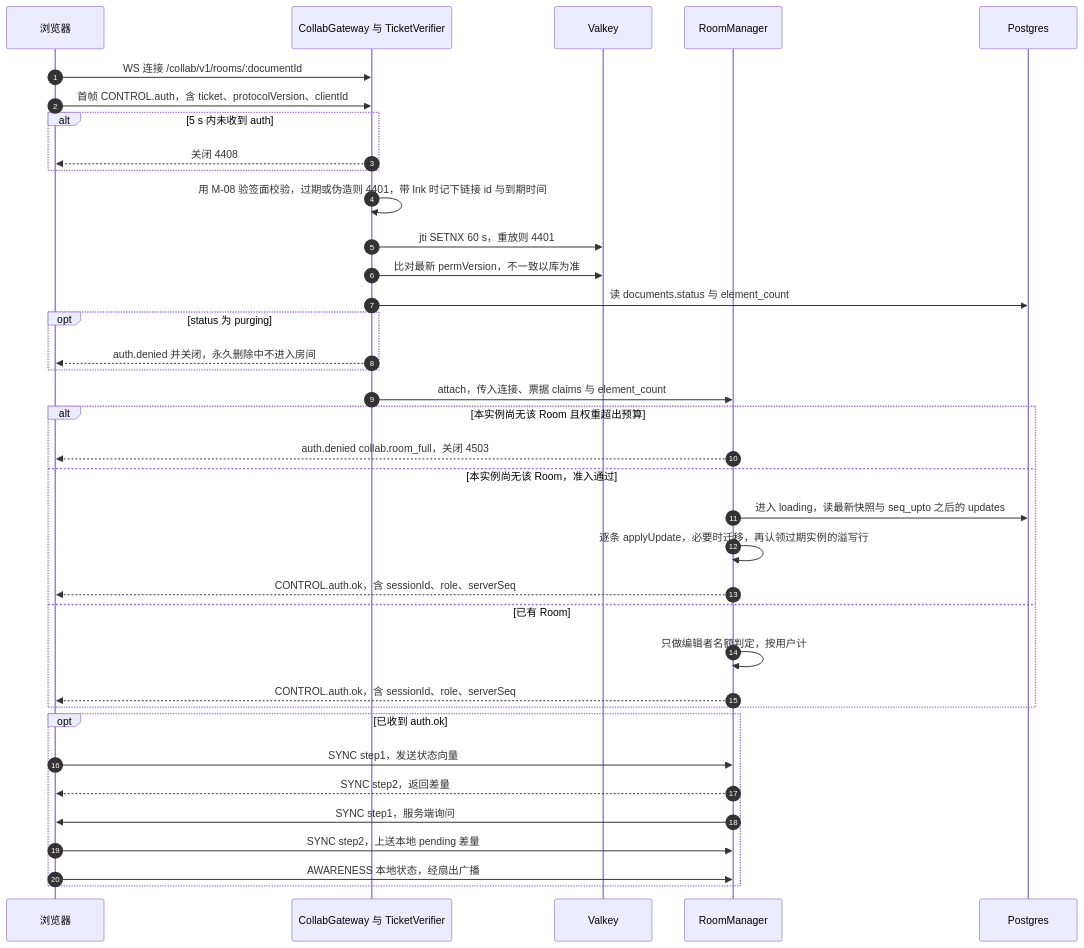
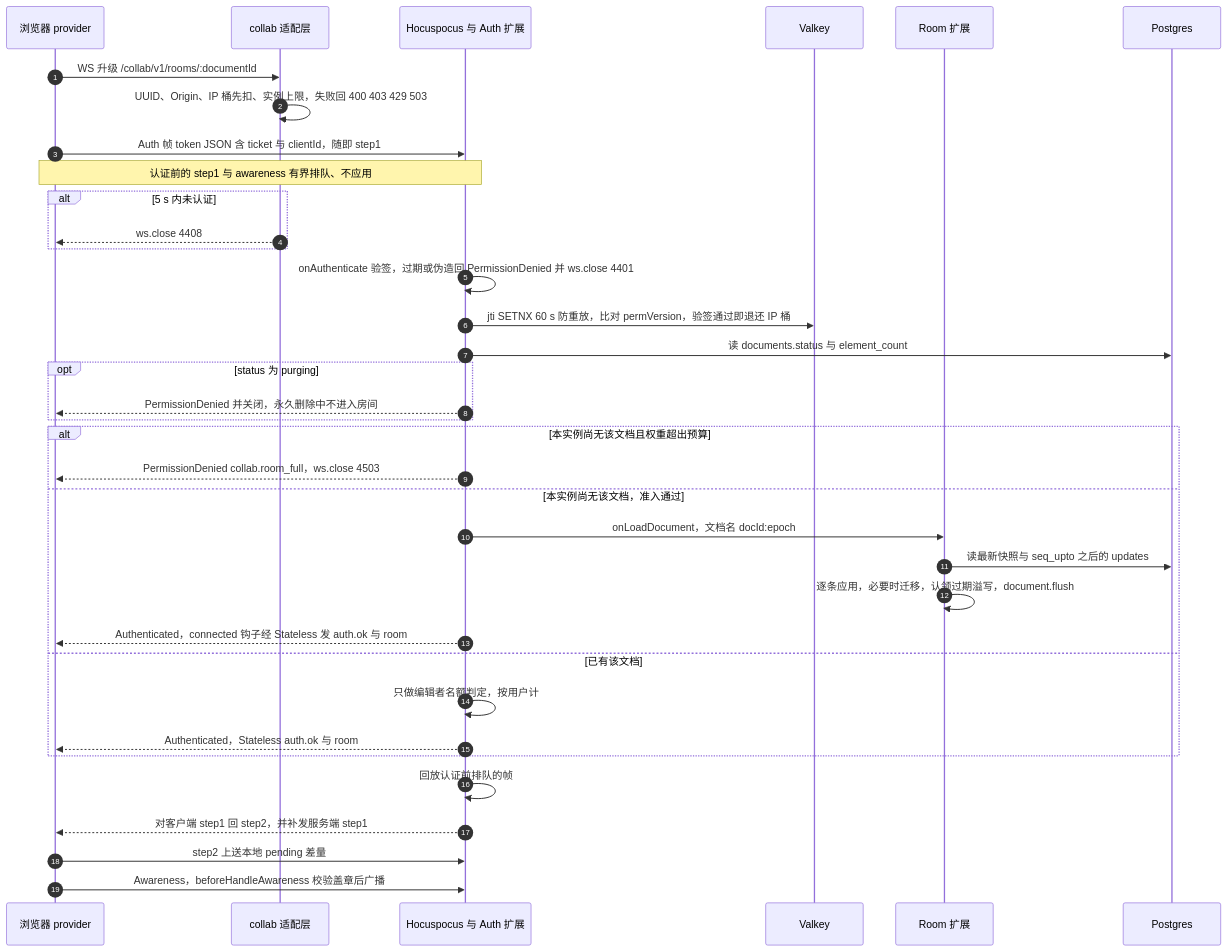
Before and after one commit to Xeonice/cordis-ppt-editor: diagram 24 of 46 in docs/40-modules/19-atlas-backend-and-data.md, drawn with Mermaid. The commit also changed other lines of this file and 78 other files, not shown here.

````diff
--- a/docs/40-modules/19-atlas-backend-and-data.md
+++ b/docs/40-modules/19-atlas-backend-and-data.md
@@ -969,39 +975,38 @@
 ```mermaid
 sequenceDiagram
   autonumber
-  participant web as 浏览器
-  participant gw as CollabGateway 与 TicketVerifier
+  participant web as 浏览器 provider
+  participant ad as collab 适配层
+  participant hp as Hocuspocus 与 Auth 扩展
   participant vk as Valkey
-  participant rm as RoomManager
+  participant room as Room 扩展
   participant pg as Postgres
-  web->>gw: WS 连接 /collab/v1/rooms/:documentId
-  web->>gw: 首帧 CONTROL.auth，含 ticket、protocolVersion、clientId
-  alt 5 s 内未收到 auth
-    gw-->>web: 关闭 4408
+  web->>ad: WS 升级 /collab/v1/rooms/:documentId
+  ad->>ad: UUID、Origin、IP 桶先扣、实例上限，失败回 400 403 429 503
+  web->>hp: Auth 帧 token JSON 含 ticket 与 clientId，随即 step1
+  Note over web,hp: 认证前的 step1 与 awareness 有界排队、不应用
+  alt 5 s 内未认证
+    ad-->>web: ws.close 4408
   end
-  gw->>gw: 用 M-08 验签面校验，过期或伪造则 4401，带 lnk 时记下链接 id 与到期时间
-  gw->>vk: jti SETNX 60 s，重放则 4401
-  gw->>vk: 比对最新 permVersion，不一致以库为准
-  gw->>pg: 读 documents.status 与 element_count
+  hp->>hp: onAuthenticate 验签，过期或伪造回 PermissionDenied 并 ws.close 4401
+  hp->>vk: jti SETNX 60 s 防重放，比对 permVersion，验签通过即退还 IP 桶
+  hp->>pg: 读 documents.status 与 element_count
   opt status 为 purging
-    gw-->>web: auth.denied 并关闭，永久删除中不进入房间
+    hp-->>web: PermissionDenied 并关闭，永久删除中不进入房间
   end
-  gw->>rm: attach，传入连接、票据 claims 与 element_count
-  alt 本实例尚无该 Room 且权重超出预算
-    rm-->>web: auth.denied collab.room_full，关闭 4503
-  else 本实例尚无该 Room，准入通过
-    rm->>pg: 进入 loading，读最新快照与 seq_upto 之后的 updates
-    rm->>rm: 逐条 applyUpdate，必要时迁移，再认领过期实例的溢写行
-    rm-->>web: CONTROL.auth.ok，含 sessionId、role、serverSeq
-  else 已有 Room
-    rm->>rm: 只做编辑者名额判定，按用户计
-    rm-->>web: CONTROL.auth.ok，含 sessionId、role、serverSeq
+  alt 本实例尚无该文档且权重超出预算
+    hp-->>web: PermissionDenied collab.room_full，ws.close 4503
+  else 本实例尚无该文档，准入通过
+    hp->>room: onLoadDocument，文档名 docId:epoch
+    room->>pg: 读最新快照与 seq_upto 之后的 updates
+    room->>room: 逐条应用，必要时迁移，认领过期溢写，document.flush
+    hp-->>web: Authenticated，connected 钩子经 Stateless 发 auth.ok 与 room
+  else 已有该文档
+    hp->>hp: 只做编辑者名额判定，按用户计
+    hp-->>web: Authenticated，Stateless auth.ok 与 room
   end
-  opt 已收到 auth.ok
-    web->>rm: SYNC step1，发送状态向量
-    rm-->>web: SYNC step2，返回差量
-    rm->>web: SYNC step1，服务端询问
-    web->>rm: SYNC step2，上送本地 pending 差量
-    web->>rm: AWARENESS 本地状态，经扇出广播
-  end
+  hp->>hp: 回放认证前排队的帧
+  hp-->>web: 对客户端 step1 回 step2，并补发服务端 step1
+  web->>hp: step2 上送本地 pending 差量
+  web->>hp: Awareness，beforeHandleAwareness 校验盖章后广播
 ```
````
